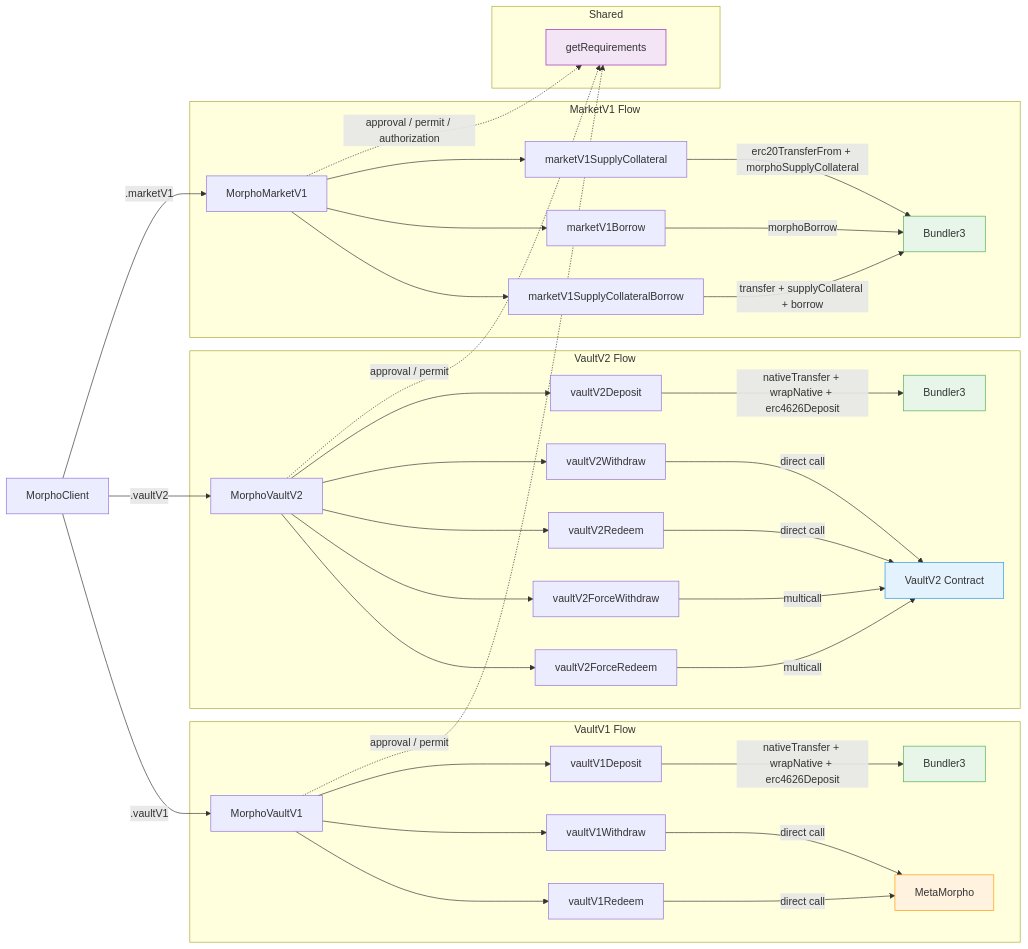
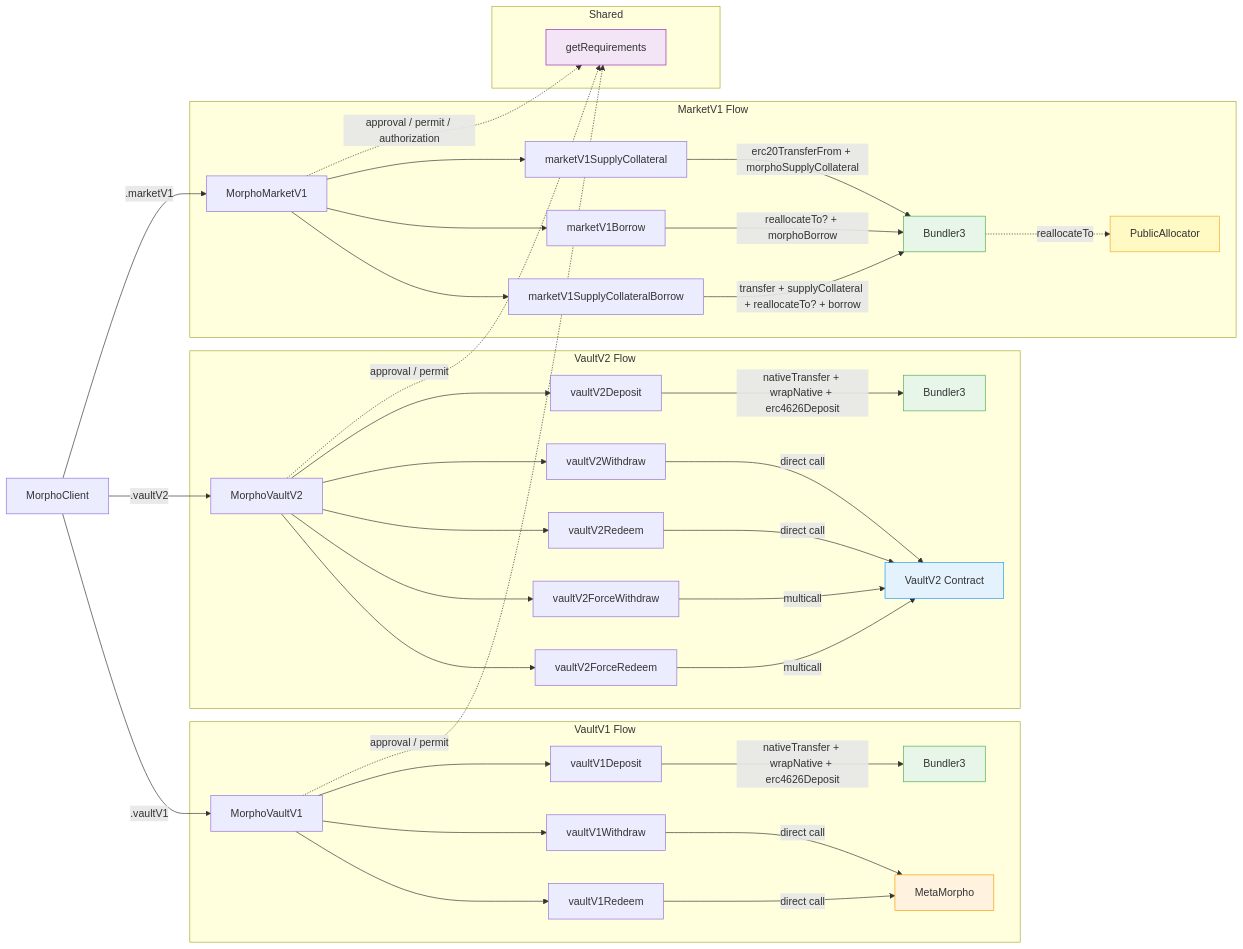
One commit to morpho-org/morpho-sdk changed the diagram in README.md. Above: the diagram before and after it, drawn with Mermaid. The commit also changed other lines of this file and 14 other files, not shown here.

Commit message:
feat(marketV1): implement shared liquidity reallocations in borrow and supplyCollateralBorrow actions, enhancing liquidity management and transaction efficiency

````diff
--- a/README.md
+++ b/README.md
@@ -218,61 +264,64 @@
 ```mermaid
 graph LR
     MC[MorphoClient]
 
     MC -->|.vaultV1| MV1
     MC -->|.vaultV2| MV2
     MC -->|.marketV1| MM1
 
     subgraph VaultV1 Flow
         MV1[MorphoVaultV1]
         MV1 --> V1D[vaultV1Deposit]
         MV1 --> V1W[vaultV1Withdraw]
         MV1 --> V1R[vaultV1Redeem]
 
         V1D -->|nativeTransfer + wrapNative + erc4626Deposit| B1[Bundler3]
         V1W -->|direct call| MM[MetaMorpho]
         V1R -->|direct call| MM
     end
 
     subgraph VaultV2 Flow
         MV2[MorphoVaultV2]
         MV2 --> V2D[vaultV2Deposit]
         MV2 --> V2W[vaultV2Withdraw]
         MV2 --> V2R[vaultV2Redeem]
         MV2 --> V2FW[vaultV2ForceWithdraw]
         MV2 --> V2FR[vaultV2ForceRedeem]
 
         V2D -->|nativeTransfer + wrapNative + erc4626Deposit| B2[Bundler3]
         V2W -->|direct call| V2C[VaultV2 Contract]
         V2R -->|direct call| V2C
         V2FW -->|multicall| V2C
         V2FR -->|multicall| V2C
     end
 
     subgraph MarketV1 Flow
         MM1[MorphoMarketV1]
         MM1 --> M1SC[marketV1SupplyCollateral]
         MM1 --> M1B[marketV1Borrow]
         MM1 --> M1SCB[marketV1SupplyCollateralBorrow]
 
         M1SC -->|erc20TransferFrom + morphoSupplyCollateral| B3[Bundler3]
-        M1B -->|morphoBorrow| B3
-        M1SCB -->|transfer + supplyCollateral + borrow| B3
+        M1B -->|reallocateTo? + morphoBorrow| B3
+        M1SCB -->|transfer + supplyCollateral + reallocateTo? + borrow| B3
+
+        B3 -.->|reallocateTo| PA[PublicAllocator]
     end
 
 
     subgraph Shared
         REQ[getRequirements]
     end
 
     MV1 -.->|approval / permit| REQ
     MV2 -.->|approval / permit| REQ
     MM1 -.->|approval / permit / authorization| REQ
 
     style B1 fill:#e8f5e9,stroke:#4caf50
     style B2 fill:#e8f5e9,stroke:#4caf50
     style B3 fill:#e8f5e9,stroke:#4caf50
     style MM fill:#fff3e0,stroke:#ff9800
     style V2C fill:#e3f2fd,stroke:#2196f3
     style REQ fill:#f3e5f5,stroke:#9c27b0
+    style PA fill:#fff9c4,stroke:#f9a825
 ```
````
